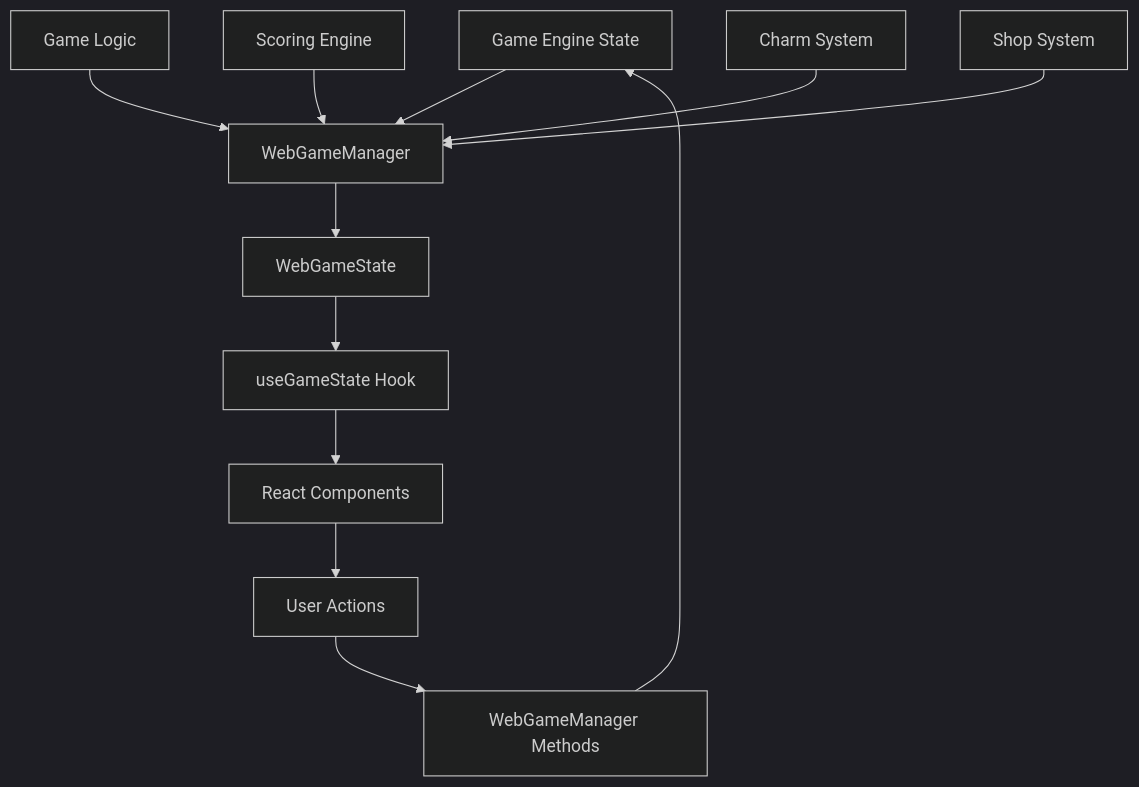
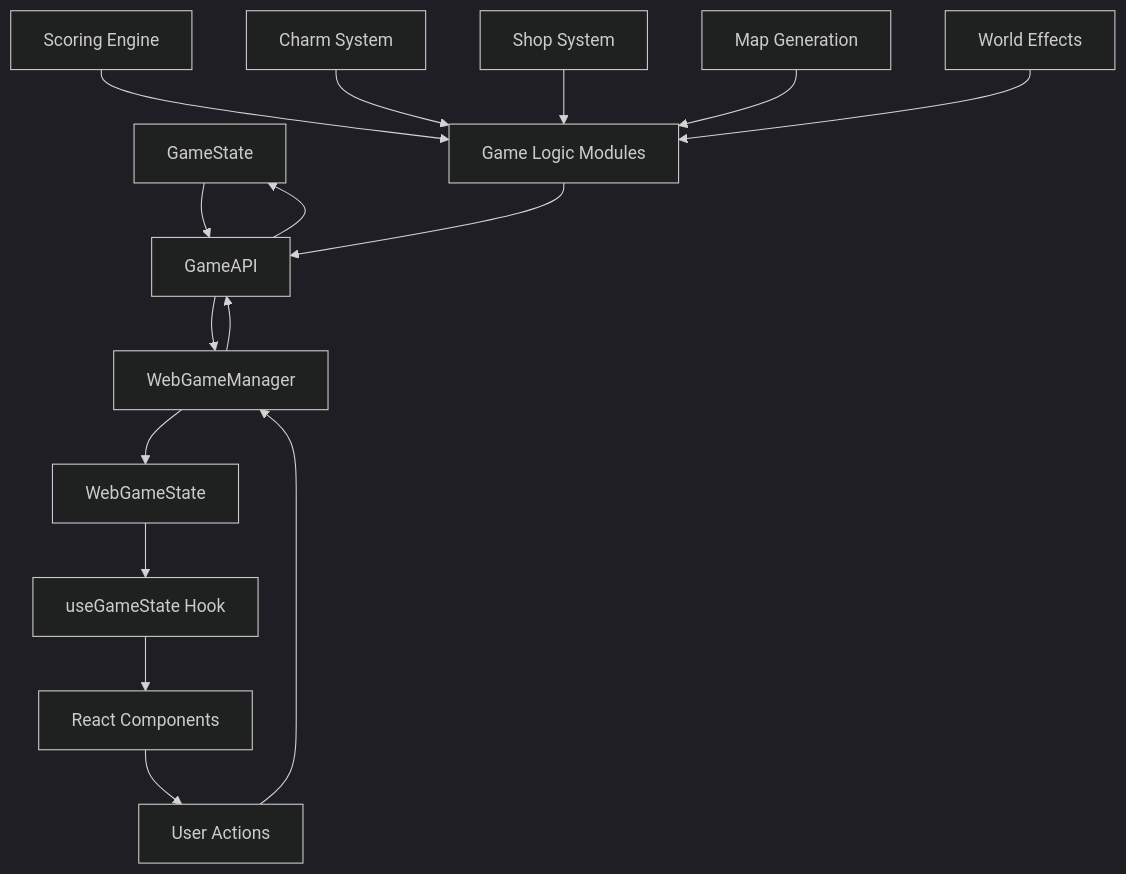
One commit to bbeaudet-dev/rollio changed the first of 3 diagrams in docs/architecture/data-flow.md. Above: the diagram before and after it, drawn with Mermaid (dark theme). The commit also changed other lines of this file and 8 other files, not shown here.

````diff
--- a/docs/architecture/data-flow.md
+++ b/docs/architecture/data-flow.md
@@ -16,15 +17,19 @@
 ```mermaid
 flowchart TD
-    A[Game Engine State] --> B[WebGameManager]
-    B --> C[WebGameState]
-    C --> D[useGameState Hook]
-    D --> E[React Components]
-    E --> F[User Actions]
-    F --> G[WebGameManager Methods]
-    G --> A
+    A[GameState] --> B[GameAPI]
+    B --> C[WebGameManager]
+    C --> D[WebGameState]
+    D --> E[useGameState Hook]
+    E --> F[React Components]
+    F --> G[User Actions]
+    G --> C
+    C --> B
+    B --> A
 
-    H[Game Logic] --> B
-    I[Scoring Engine] --> B
-    J[Charm System] --> B
-    K[Shop System] --> B
+    H[Game Logic Modules] --> B
+    I[Scoring Engine] --> H
+    J[Charm System] --> H
+    K[Shop System] --> H
+    L[Map Generation] --> H
+    M[World Effects] --> H
 ```
````
